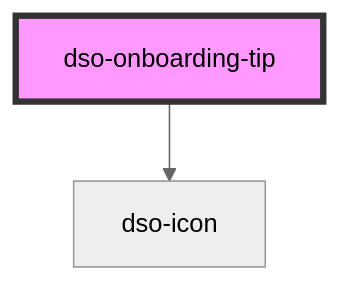
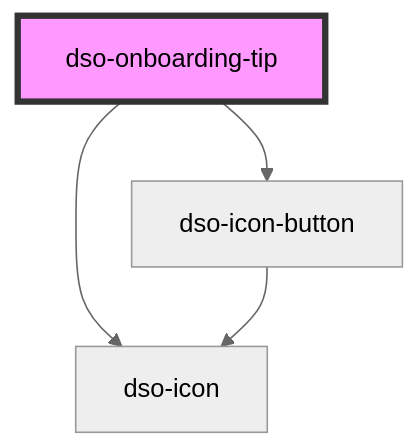
One commit to dso-toolkit/dso-toolkit changed the diagram in packages/core/src/components/onboarding-tip/readme.md. Above: the diagram before and after it, drawn with Mermaid (neutral theme). The commit also changed other lines of this file and 48 other files, not shown here.

Commit message:
#2315 [Added] Icon button: Replace all buttons with icon-only with the icon-button component

````diff
--- a/packages/core/src/components/onboarding-tip/readme.md
+++ b/packages/core/src/components/onboarding-tip/readme.md
@@ -45,5 +46,7 @@
 ```mermaid
 graph TD;
   dso-onboarding-tip --> dso-icon
+  dso-onboarding-tip --> dso-icon-button
+  dso-icon-button --> dso-icon
   style dso-onboarding-tip fill:#f9f,stroke:#333,stroke-width:4px
 ```
````
